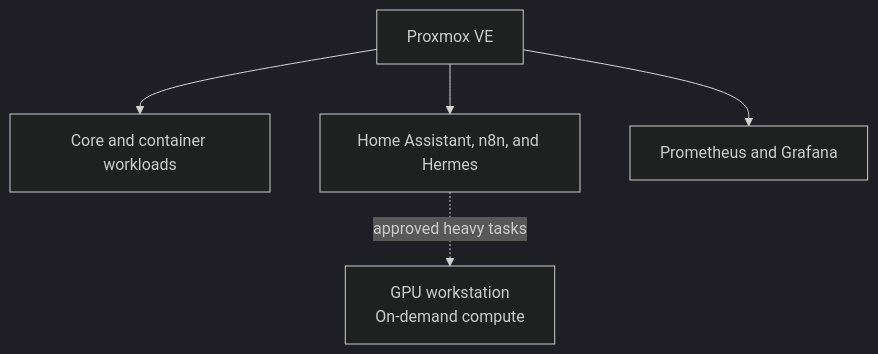
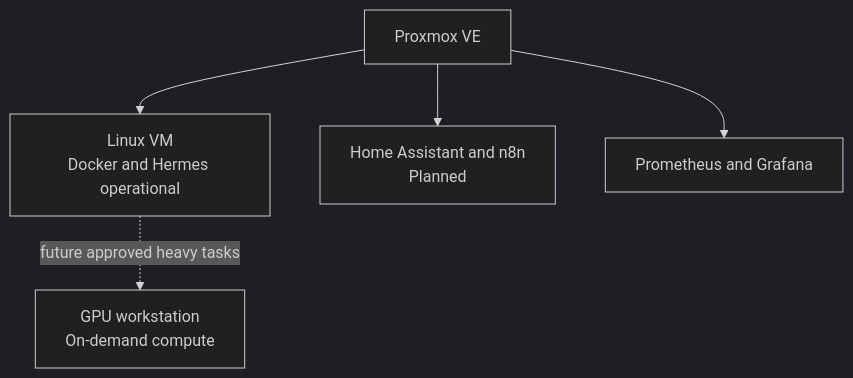
The third of 3 diagrams in docs/architecture.md (DeadPol8789/homelab), drawn with Mermaid (dark theme) before and after one commit. The commit also changed other lines of this file and 9 other files, not shown here.

First line of the commit message:
Document first operational Hermes workload (#6)

````diff
--- a/docs/architecture.md
+++ b/docs/architecture.md
@@ -58,7 +62,7 @@
 ```mermaid
 flowchart TD
-    PVE["Proxmox VE"] --> CORE["Core and container workloads"]
-    PVE --> AUTO["Home Assistant, n8n, and Hermes"]
+    PVE["Proxmox VE"] --> HERMES["Linux VM<br/>Docker and Hermes operational"]
+    PVE --> AUTO["Home Assistant and n8n<br/>Planned"]
     PVE --> OBS["Prometheus and Grafana"]
-    AUTO -. "approved heavy tasks" .-> GPU["GPU workstation<br/>On-demand compute"]
+    HERMES -. "future approved heavy tasks" .-> GPU["GPU workstation<br/>On-demand compute"]
 ```
````
